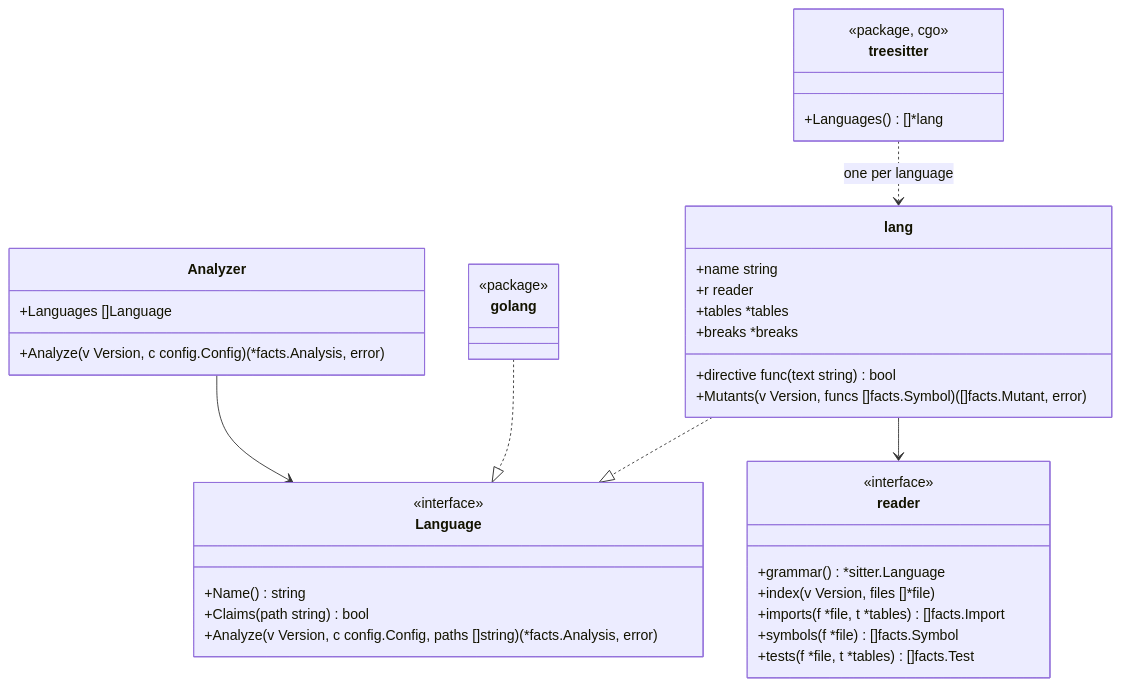
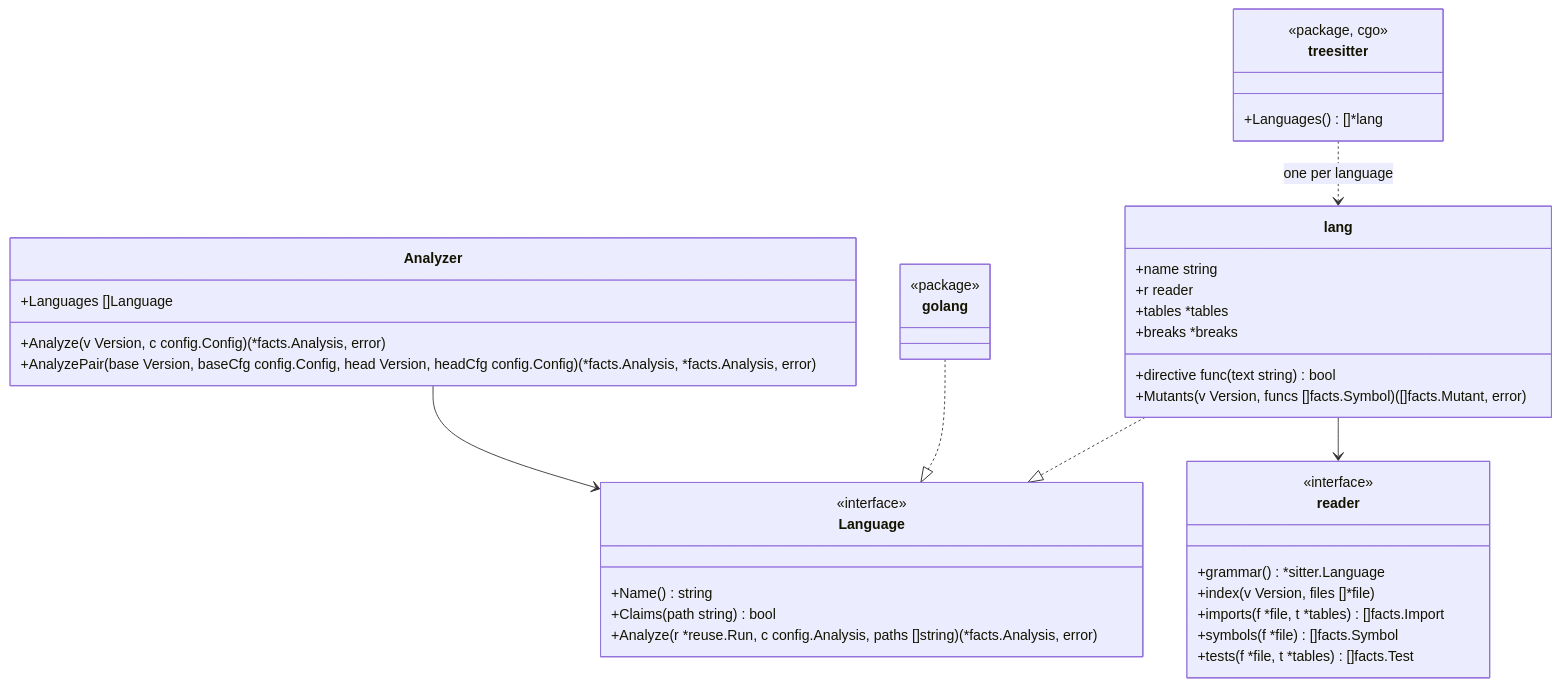
One commit to rerorets/hadome changed the diagram in docs/design/adapters-treesitter.md. Above: the diagram before and after it, drawn with Mermaid. The commit also changed 11 other files, not shown here.

Commit message:
The design of reusing analysis between base and head in one run (#122)

````diff
--- a/docs/design/adapters-treesitter.md
+++ b/docs/design/adapters-treesitter.md
@@ -7,41 +7,42 @@
 ```mermaid
 classDiagram
   class Analyzer {
     +Languages []Language
     +Analyze(v Version, c config.Config) (*facts.Analysis, error)
+    +AnalyzePair(base Version, baseCfg config.Config, head Version, headCfg config.Config) (*facts.Analysis, *facts.Analysis, error)
   }
   class Language {
     <<interface>>
     +Name() string
     +Claims(path string) bool
-    +Analyze(v Version, c config.Config, paths []string) (*facts.Analysis, error)
+    +Analyze(r *reuse.Run, c config.Analysis, paths []string) (*facts.Analysis, error)
   }
   class golang {
     <<package>>
   }
   class treesitter {
     <<package, cgo>>
     +Languages() []*lang
   }
   class lang {
     +name string
     +r reader
     +tables *tables
     +directive func(text string) bool
     +breaks *breaks
     +Mutants(v Version, funcs []facts.Symbol) ([]facts.Mutant, error)
   }
   class reader {
     <<interface>>
     +grammar() *sitter.Language
     +index(v Version, files []*file)
     +imports(f *file, t *tables) []facts.Import
     +symbols(f *file) []facts.Symbol
     +tests(f *file, t *tables) []facts.Test
   }
   Analyzer --> Language
   golang ..|> Language
   treesitter ..> lang : one per language
   lang ..|> Language
   lang --> reader
 ```
````
